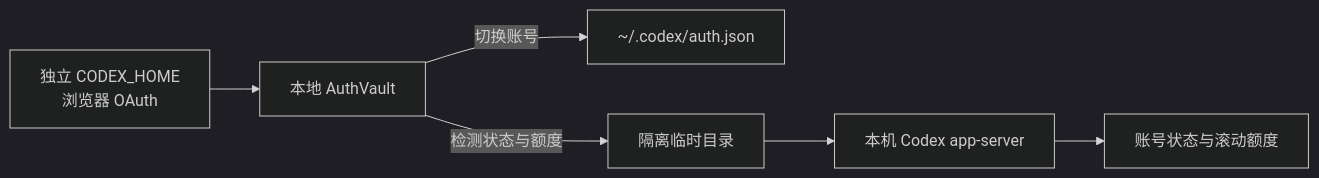
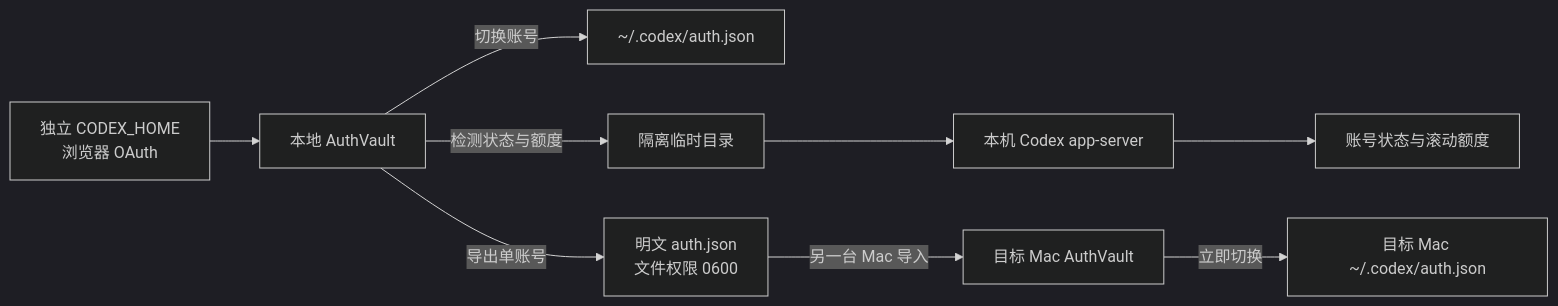
One commit to pengshengege/CodexAccountSwitcher changed the diagram in README.md. Above: the diagram before and after it, drawn with Mermaid (dark theme). The commit also changed other lines of this file and 16 other files, not shown here.

````diff
--- a/README.md
+++ b/README.md
@@ -101,8 +120,11 @@
 ```mermaid
 flowchart LR
     A["独立 CODEX_HOME<br/>浏览器 OAuth"] --> B["本地 AuthVault"]
     B -->|"切换账号"| C["~/.codex/auth.json"]
     B -->|"检测状态与额度"| D["隔离临时目录"]
     D --> E["本机 Codex app-server"]
     E --> F["账号状态与滚动额度"]
+    B -->|"导出单账号"| G["明文 auth.json<br/>文件权限 0600"]
+    G -->|"另一台 Mac 导入"| H["目标 Mac AuthVault"]
+    H -->|"立即切换"| I["目标 Mac ~/.codex/auth.json"]
 ```
````
